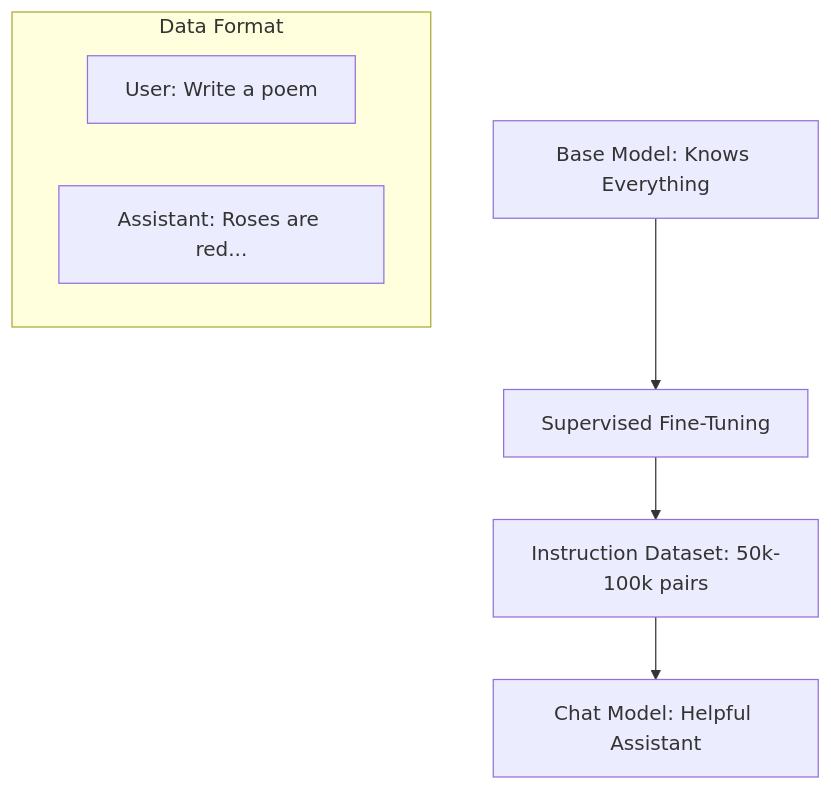
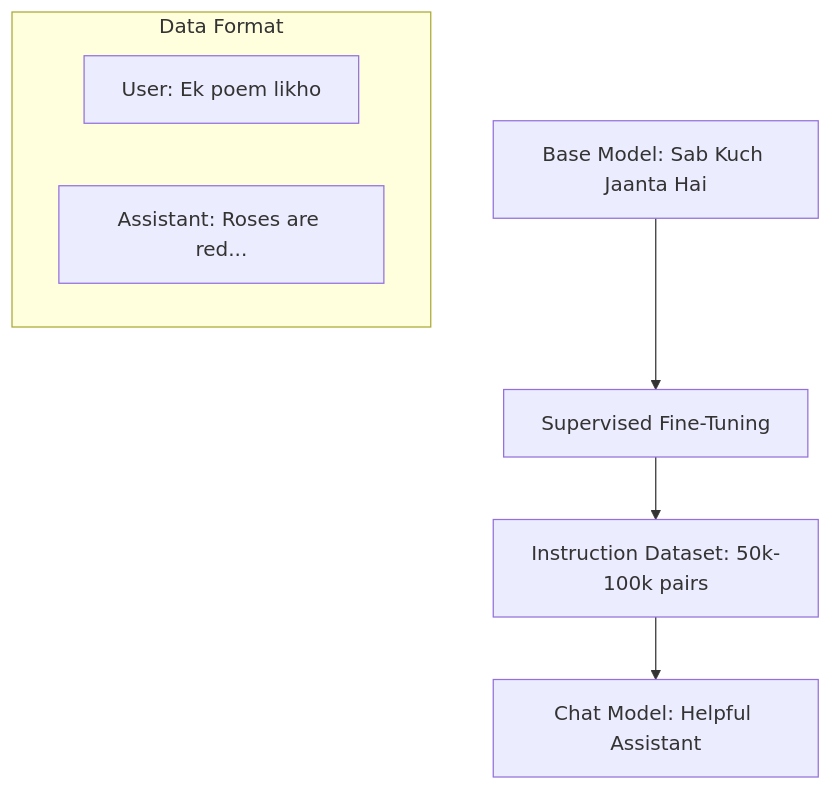
Before and after one commit to Sameer-Malik20/SusaGPT-Build-LLM-From-Scratch-With-Hinglish-Learning-Material: the diagram in docs/llm_learning/07_Fine_Tuning_and_Alignment/Instruction_Tuning.md, drawn with Mermaid. The commit also changed other lines of this file and 139 other files, not shown here.

````diff
--- a/docs/llm_learning/07_Fine_Tuning_and_Alignment/Instruction_Tuning.md
+++ b/docs/llm_learning/07_Fine_Tuning_and_Alignment/Instruction_Tuning.md
@@ -28,11 +28,11 @@
 ```mermaid
 graph TD
-    Base[Base Model: Knows Everything] --> SFT[Supervised Fine-Tuning]
+    Base[Base Model: Sab Kuch Jaanta Hai] --> SFT[Supervised Fine-Tuning]
     SFT --> Dataset[Instruction Dataset: 50k-100k pairs]
     Dataset --> Chat[Chat Model: Helpful Assistant]
     
     subgraph "Data Format"
-        User[User: Write a poem]
+        User[User: Ek poem likho]
         Assistant[Assistant: Roses are red...]
     end
 ```
````
